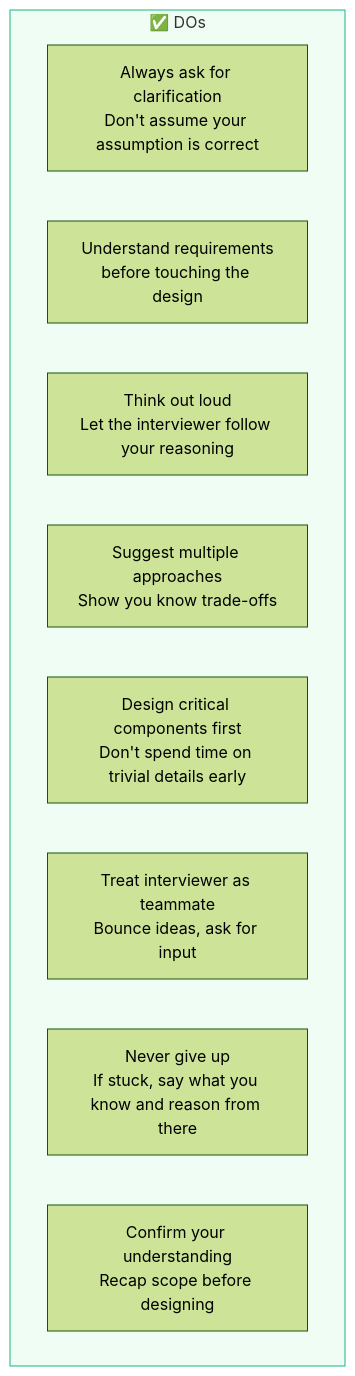
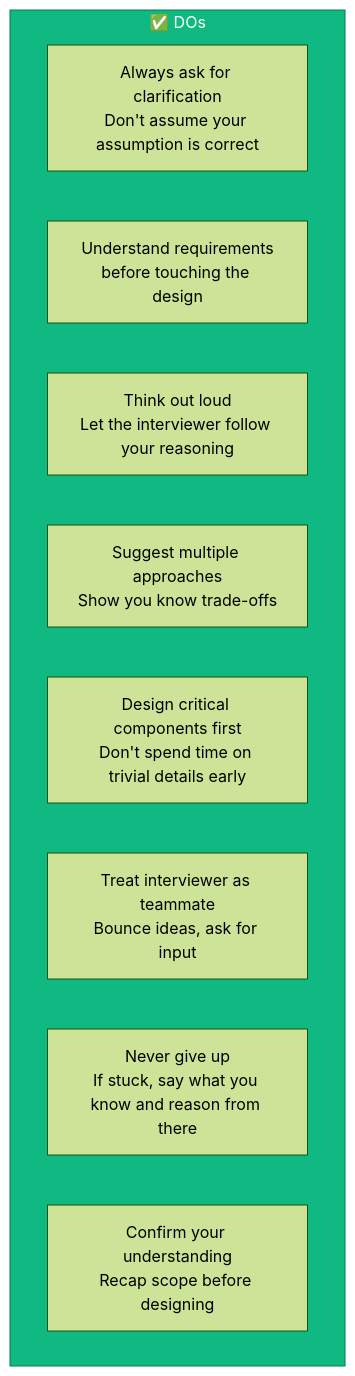
One commit to devops-monk/system-design-blog changed diagram 15 of 18 in content/posts/2026/framework-for-system-design-interviews.md. Above: the diagram before and after it, drawn with Mermaid (forest theme). The commit also changed other lines of this file and 5 other files, not shown here.

````diff
--- a/content/posts/2026/framework-for-system-design-interviews.md
+++ b/content/posts/2026/framework-for-system-design-interviews.md
@@ -645,15 +645,15 @@
 ```mermaid
 flowchart TD
     subgraph DOS["✅ DOs"]
         D1["Always ask for clarification\nDon't assume your assumption is correct"]
         D2["Understand requirements\nbefore touching the design"]
         D3["Think out loud\nLet the interviewer follow your reasoning"]
         D4["Suggest multiple approaches\nShow you know trade-offs"]
         D5["Design critical components first\nDon't spend time on trivial details early"]
         D6["Treat interviewer as teammate\nBounce ideas, ask for input"]
         D7["Never give up\nIf stuck, say what you know and reason from there"]
         D8["Confirm your understanding\nRecap scope before designing"]
     end
 
-    style DOS fill:#F0FDF4,stroke:#10B981
+    style DOS fill:#10B981,stroke:#047857,color:#fff
 ```
````
